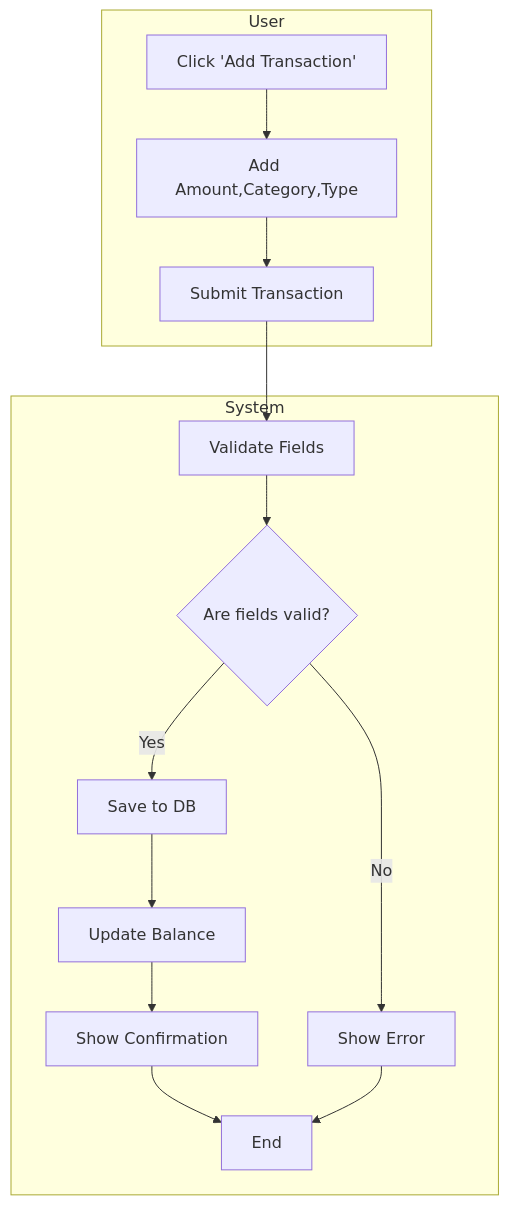
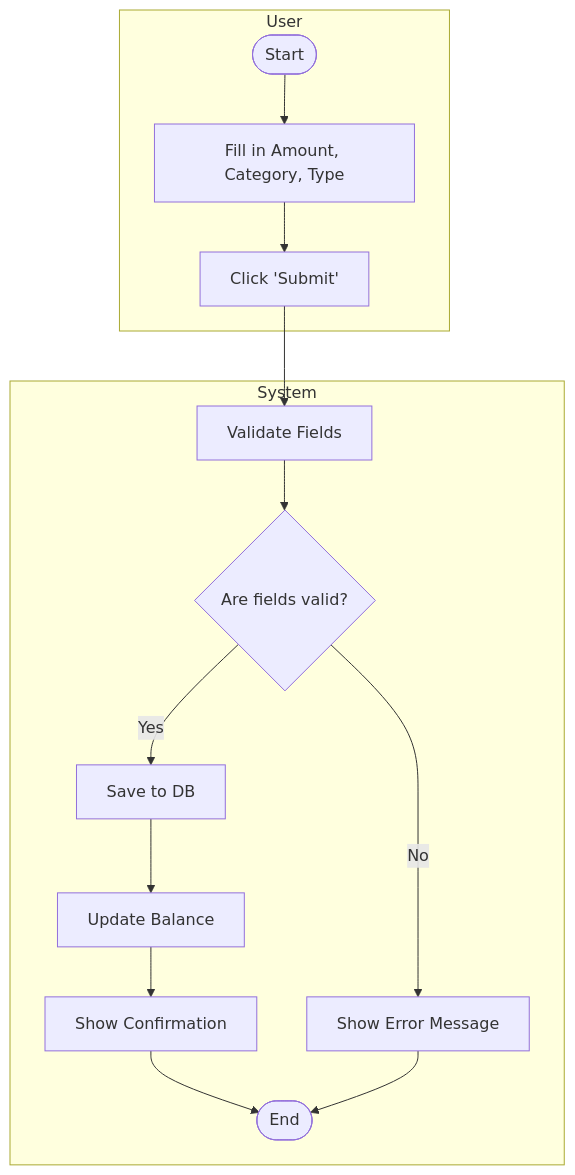
One commit to Wareezy/Budget_Tracker changed the third of 8 diagrams in Assignment_8/ACTIVITY_DIAGRAMS.md. Above: the diagram before and after it, drawn with Mermaid. The commit also changed other lines of this file, not shown here.

````diff
--- a/Assignment_8/ACTIVITY_DIAGRAMS.md
+++ b/Assignment_8/ACTIVITY_DIAGRAMS.md
@@ -69,24 +57,16 @@
 ```mermaid
 
 flowchart TD
     subgraph User
-        A1[Click 'Add Transaction']
-        A2[Add Amount,Category,Type]
-        A3[Submit Transaction]
+        A1([Start]) --> A2[Fill in Amount, Category, Type] --> A3[Click 'Submit']
     end
 
     subgraph System
-        B1[Validate Fields]
-        B2{Are fields valid?}
-        B3[Save to DB]
-        B4[Update Balance]
-        B5[Show Confirmation]
-        B6[Show Error]
-        B7[End]
+        B1[Validate Fields] --> B2{Are fields valid?}
+        B2 -- Yes --> B3[Save to DB] --> B4[Update Balance] --> B5[Show Confirmation] --> B6([End])
+        B2 -- No --> B7[Show Error Message] --> B6
     end
 
-    A1 --> A2 --> A3 --> B1 --> B2
-    B2 -- Yes --> B3 --> B4 --> B5 --> B7
-    B2 -- No --> B6 --> B7
+    A3 --> B1
 
 ```
````
